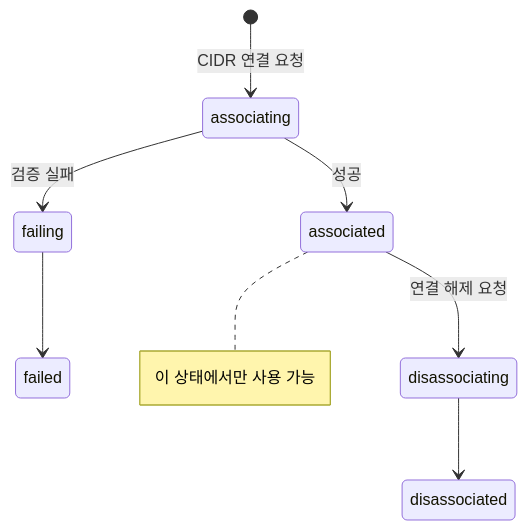
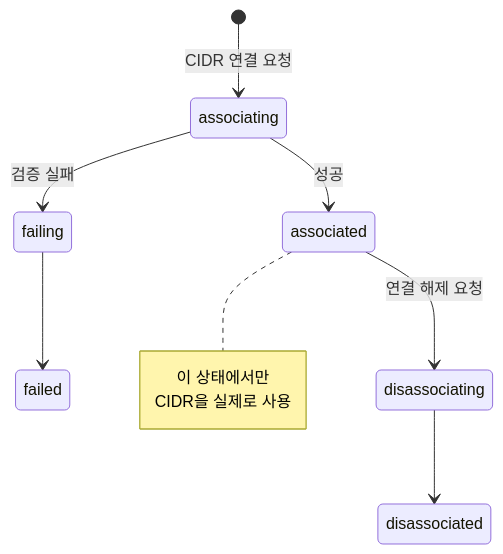
Before and after one commit to hongjeZZ/hongjeZZ.github.io: the second of 4 diagrams in _posts/2026-06-28-aws-vpc.md, drawn with Mermaid. The commit also changed other lines of this file, not shown here.

````diff
--- a/_posts/2026-06-28-aws-vpc.md
+++ b/_posts/2026-06-28-aws-vpc.md
@@ -78,12 +110,13 @@
-  ```mermaid
-  stateDiagram-v2
-      [*] --> associating: CIDR 연결 요청
-      associating --> associated: 성공
-      associating --> failing: 검증 실패
-      failing --> failed
-      associated --> disassociating: 연결 해제 요청
-      disassociating --> disassociated
-      note right of associated
-          이 상태에서만 사용 가능
-      end note
-  ```
+```mermaid
+stateDiagram-v2
+    [*] --> associating: CIDR 연결 요청
+    associating --> associated: 성공
+    associating --> failing: 검증 실패
+    failing --> failed
+    associated --> disassociating: 연결 해제 요청
+    disassociating --> disassociated
+    note right of associated
+        이 상태에서만
+        CIDR을 실제로 사용
+    end note
+```
````
